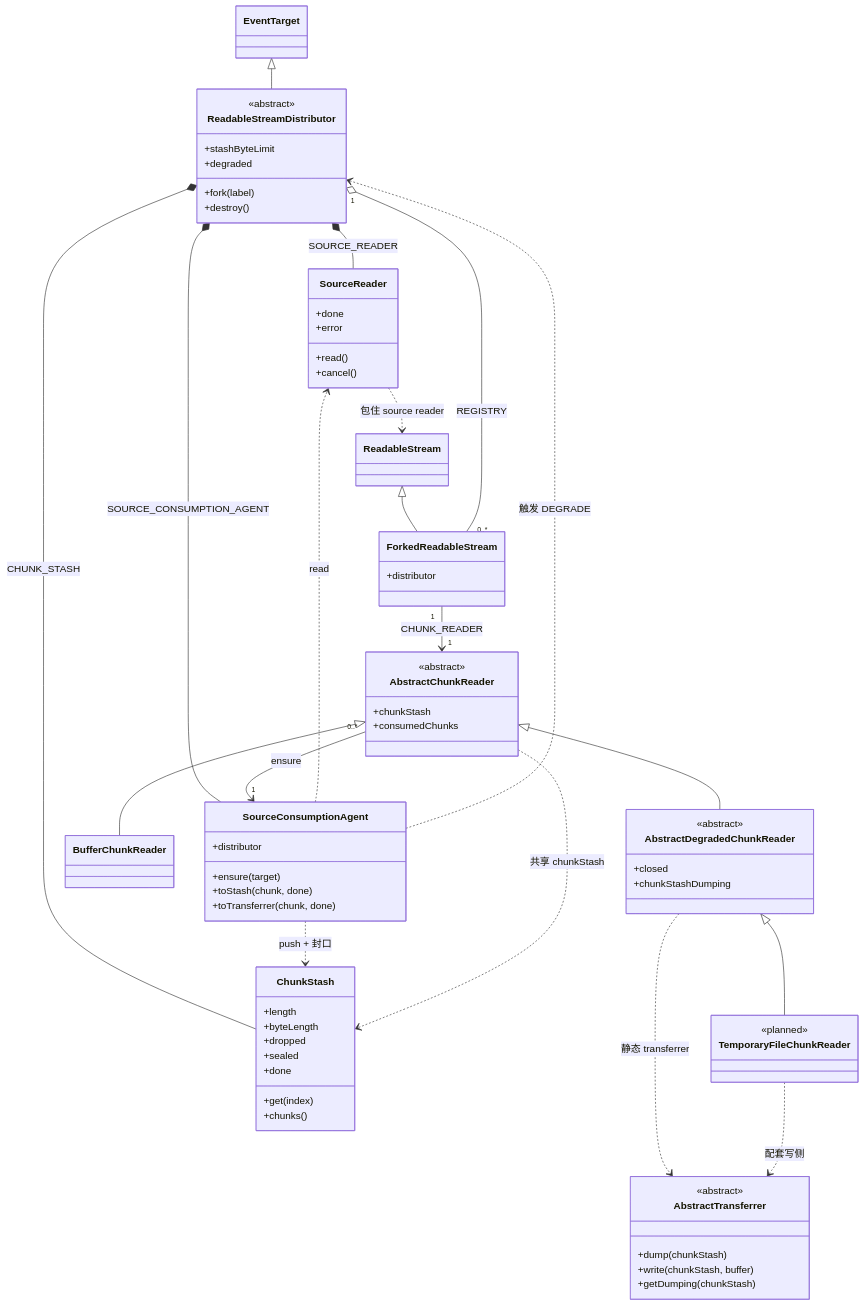
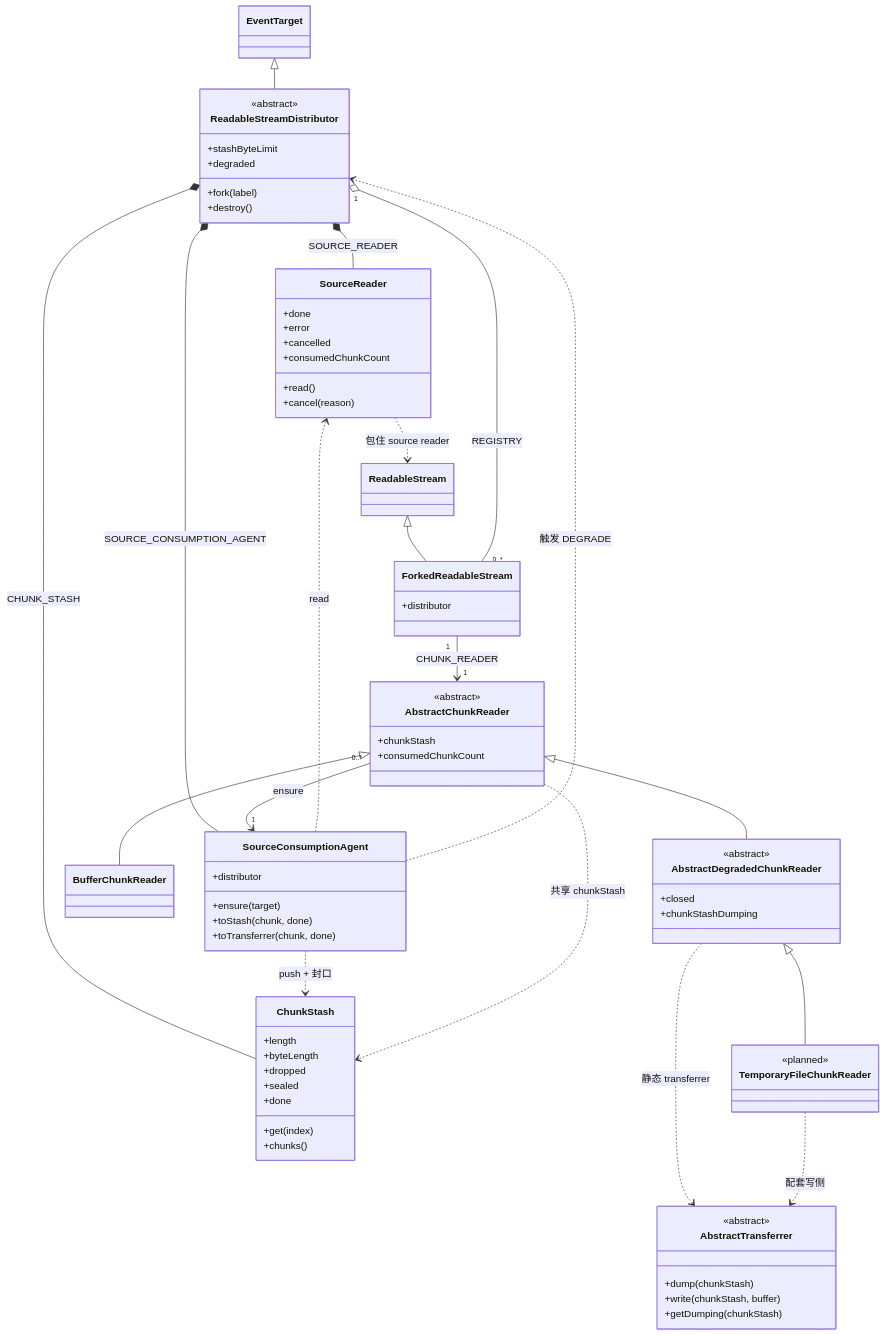
The second of 6 diagrams in DESIGN.md (produck/node-readable-stream-distributor), drawn with Mermaid before and after one commit. The commit also changed other lines of this file and 10 other files, not shown here.

```diff
--- a/DESIGN.md
+++ b/DESIGN.md
@@ -151,8 +151,10 @@
     class SourceReader {
         +done
         +error
+        +cancelled
+        +consumedChunkCount
         +read()
-        +cancel()
+        +cancel(reason)
     }
 
     class SourceConsumptionAgent {
@@ -169,7 +171,7 @@
     class AbstractChunkReader {
         <<abstract>>
         +chunkStash
-        +consumedChunks
+        +consumedChunkCount
     }
 
     class BufferChunkReader
```
